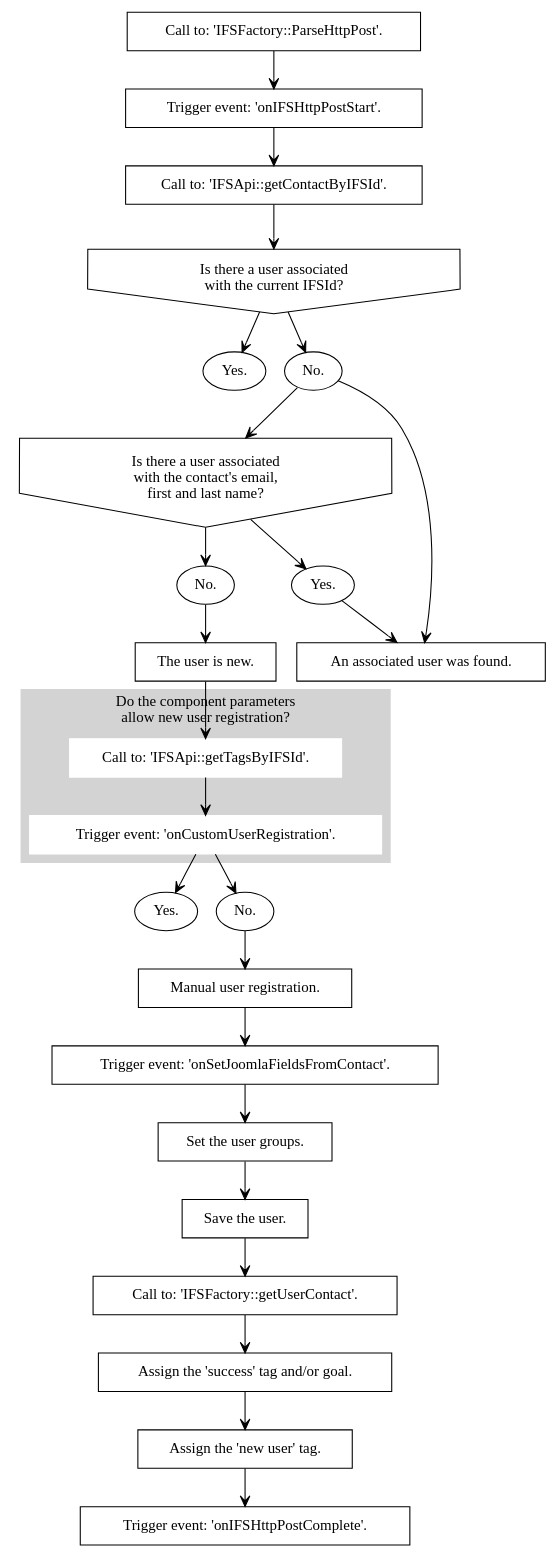
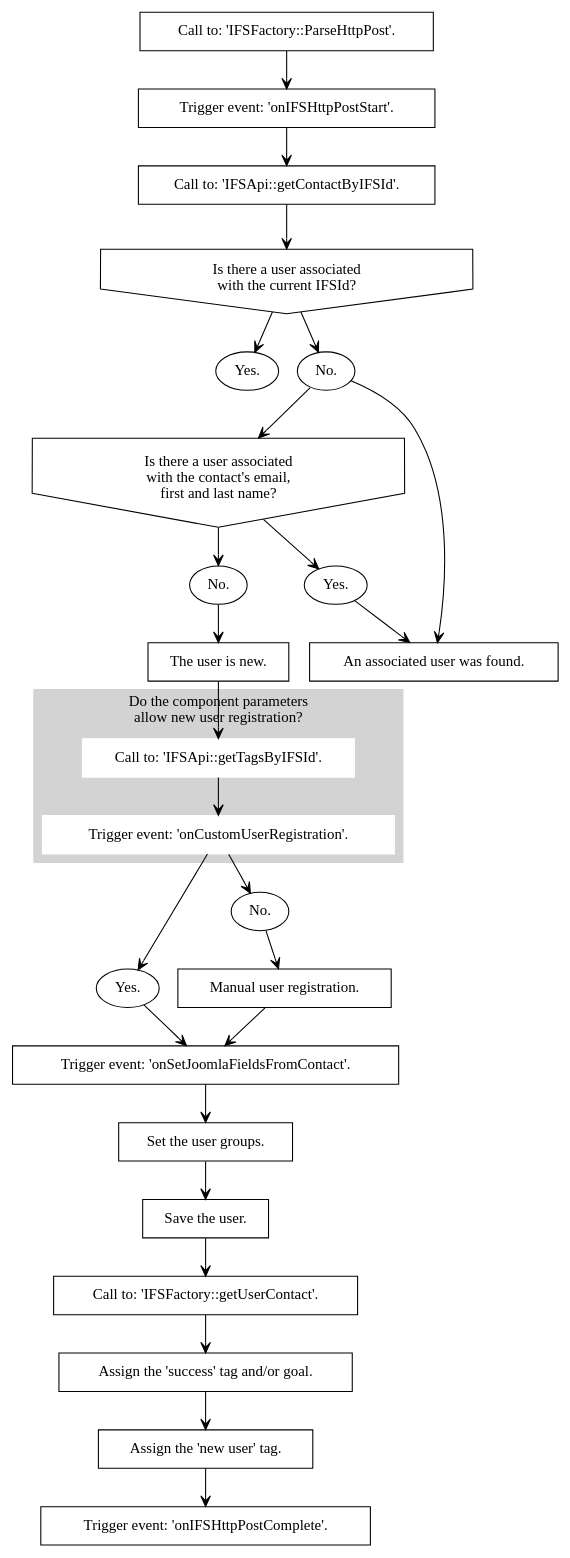
One commit to treste91/JoomFuse changed the diagram in docs/procedures/register_user.rst. Above: the diagram before and after it, drawn with Graphviz.

```diff
--- a/docs/procedures/register_user.rst
+++ b/docs/procedures/register_user.rst
@@ -4,61 +4,62 @@
 .. graphviz::
 
    digraph {
    
       1 [label="Call to: 'IFSFactory::ParseHttpPost'." shape=rectangle]
       2 [label="Trigger event: 'onIFSHttpPostStart'." shape=rectangle]
       3 [label="Call to: 'IFSApi::getContactByIFSId'." shape=rectangle]
       4 [label="Is there a user associated\n with the current IFSId?" shape=invhouse]
       5 [label="Yes." shape=oval]
       6 [label="No." shape=oval]
       7 [label="Is there a user associated\n with the contact's email,\n first and last name?" shape=invhouse]
       8 [label="Yes." shape=oval]
       9 [label="An associated user was found." shape=rectangle]
       10 [label="No." shape=oval]
       11 [label="The user is new." shape=rectangle]
       
       subgraph cluster_1 {
          style=filled;
          color=lightgrey;
 		   node [style=filled,color=white];
          label="Do the component parameters\n allow new user registration?"
          12 [label="Call to: 'IFSApi::getTagsByIFSId'." shape=rectangle]
          13 [label="Trigger event: 'onCustomUserRegistration'." shape=rectangle]
       }
       
       14 [label="Yes." shape=oval]
       15 [label="No." shape=oval]
       16 [label="Manual user registration." shape=rectangle]
       17 [label="Trigger event: 'onSetJoomlaFieldsFromContact'." shape=rectangle]
       18 [label="Set the user groups." shape=rectangle]
       19 [label="Save the user." shape=rectangle]
       20 [label="Call to: 'IFSFactory::getUserContact'." shape=rectangle]
       21 [label="Assign the 'success' tag and/or goal." shape=rectangle]
       22 [label="Assign the 'new user' tag." shape=rectangle]
       23 [label="Trigger event: 'onIFSHttpPostComplete'." shape=rectangle]
       
       
       1 -> 2 [arrowhead=vee arrowsize=1]
       2 -> 3 [arrowhead=vee arrowsize=1]
       3 -> 4 [arrowhead=vee arrowsize=1]
       4 -> 5 [arrowhead=vee arrowsize=1]
       4 -> 6 [arrowhead=vee arrowsize=1]
       6 -> 7 [arrowhead=vee arrowsize=1]
       7 -> 8 [arrowhead=vee arrowsize=1]
       8 -> 9 [arrowhead=vee arrowsize=1]
       6 -> 9 [arrowhead=vee arrowsize=1]
       7 -> 10 [arrowhead=vee arrowsize=1]
       10 -> 11 [arrowhead=vee arrowsize=1]
       11 -> 12 [arrowhead=vee arrowsize=1]
       12 -> 13 [arrowhead=vee arrowsize=1]
       13 -> 14 [arrowhead=vee arrowsize=1]
       13 -> 15 [arrowhead=vee arrowsize=1]
       15 -> 16 [arrowhead=vee arrowsize=1]
       16 -> 17 [arrowhead=vee arrowsize=1]
+      14 -> 17 [arrowhead=vee arrowsize=1]
       17 -> 18 [arrowhead=vee arrowsize=1]
       18 -> 19 [arrowhead=vee arrowsize=1]
       19 -> 20 [arrowhead=vee arrowsize=1]
       20 -> 21 [arrowhead=vee arrowsize=1]
       21 -> 22 [arrowhead=vee arrowsize=1]
       22 -> 23 [arrowhead=vee arrowsize=1]
    }
```
